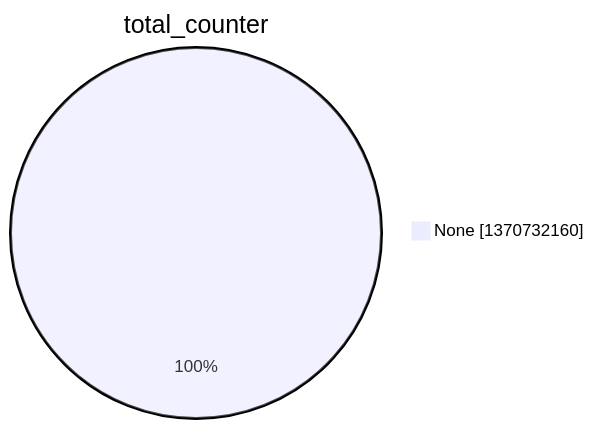
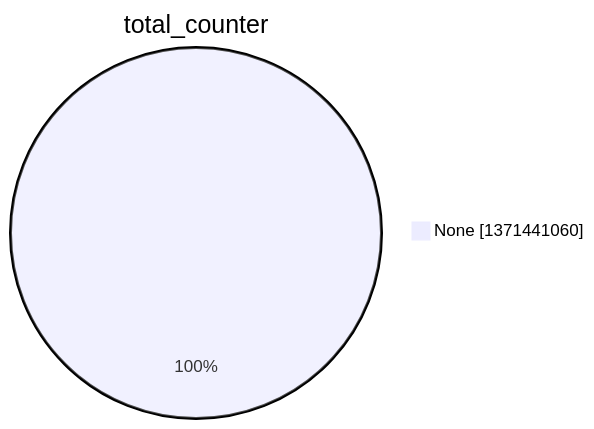
Before and after one commit to christiankrug/ctmonitor_visualization: the second of 15 diagrams in argon2022/README.md, drawn with Mermaid. The commit also changed other lines of this file, not shown here.

````diff
--- a/argon2022/README.md
+++ b/argon2022/README.md
@@ -9,5 +9,5 @@
 ```mermaid
 pie showData
 title total_counter
-"None" :1370732160
+"None" :1371441060
 ```
````
